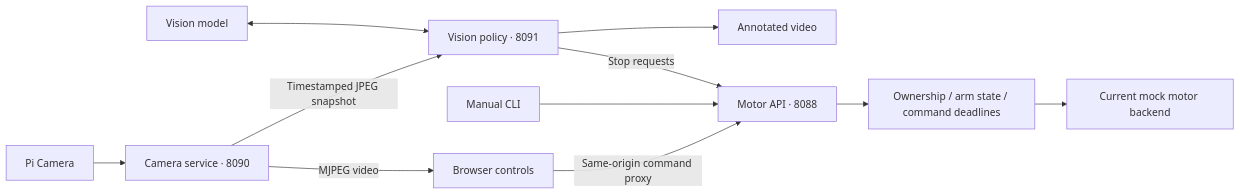
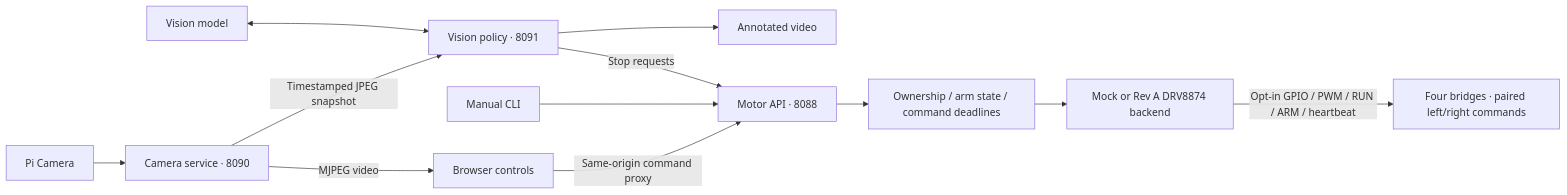
The diagram in README.md (searchyourmind/AI_Robot), drawn with Mermaid before and after one commit. The commit also changed other lines of this file and 19 other files, not shown here.

First line of the commit message:
feat: add Pi 5 hardware backend for Rev A DRV8874 board

````diff
--- a/README.md
+++ b/README.md
@@ -22,13 +22,14 @@
 ```mermaid
 flowchart LR
     CAMERA[Pi Camera] --> VIDEO[Camera service · 8090]
     VIDEO -->|MJPEG video| BROWSER[Browser controls]
     VIDEO -->|Timestamped JPEG snapshot| VISION[Vision policy · 8091]
     MODEL[Vision model] <--> VISION
     VISION --> OVERLAY[Annotated video]
     BROWSER -->|Same-origin command proxy| MOTOR[Motor API · 8088]
     CLI[Manual CLI] --> MOTOR
     VISION -->|Stop requests| MOTOR
     MOTOR --> CONTROL[Ownership / arm state / command deadlines]
-    CONTROL --> BACKEND[Current mock motor backend]
+    CONTROL --> BACKEND[Mock or Rev A DRV8874 backend]
+    BACKEND -->|Opt-in GPIO / PWM / RUN / ARM / heartbeat| PCB[Four bridges · paired left/right commands]
 ```
````
